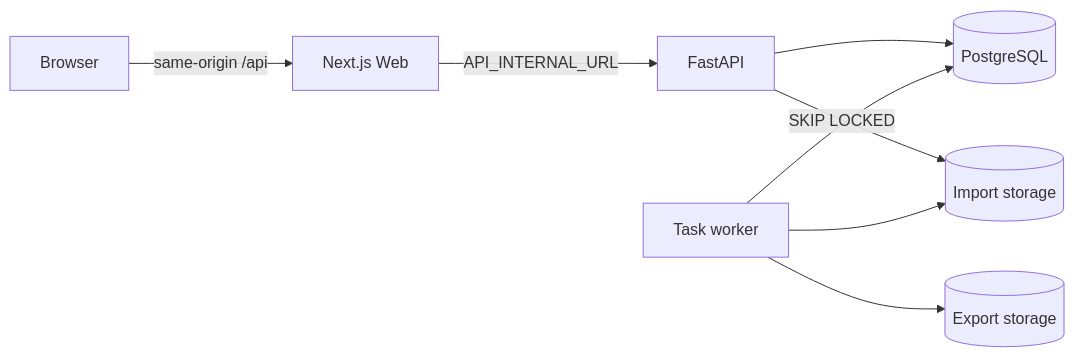
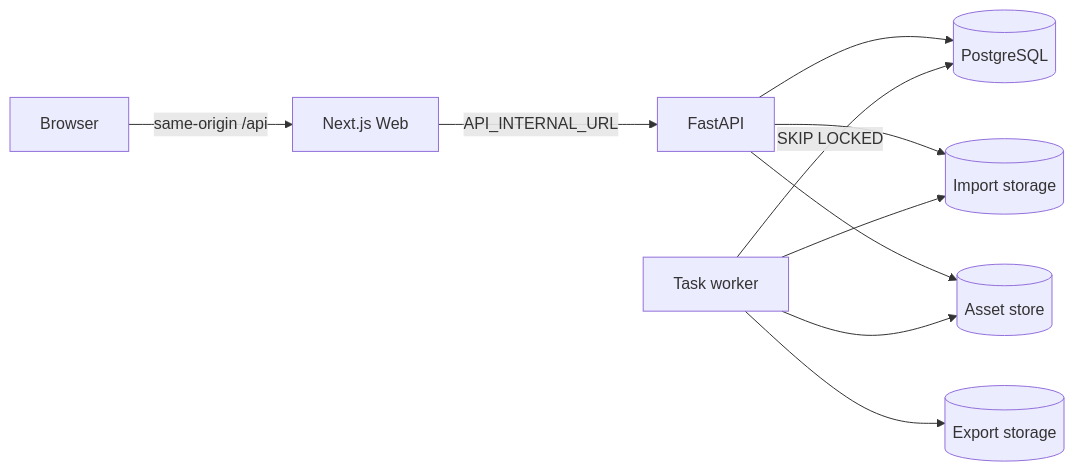
Before and after one commit to foolkking/chat-reader: the diagram in docs/architecture.md, drawn with Mermaid. The commit also changed other lines of this file and 244 other files, not shown here.

````diff
--- a/docs/architecture.md
+++ b/docs/architecture.md
@@ -5,10 +7,12 @@
 ```mermaid
 flowchart LR
   B[Browser] -->|same-origin /api| W[Next.js Web]
   W -->|API_INTERNAL_URL| A[FastAPI]
   A --> P[(PostgreSQL)]
   A --> S[(Import storage)]
+  A --> X[(Asset store)]
   Q[Task worker] -->|SKIP LOCKED| P
   Q --> S
   Q --> E[(Export storage)]
+  Q --> X
 ```
````
